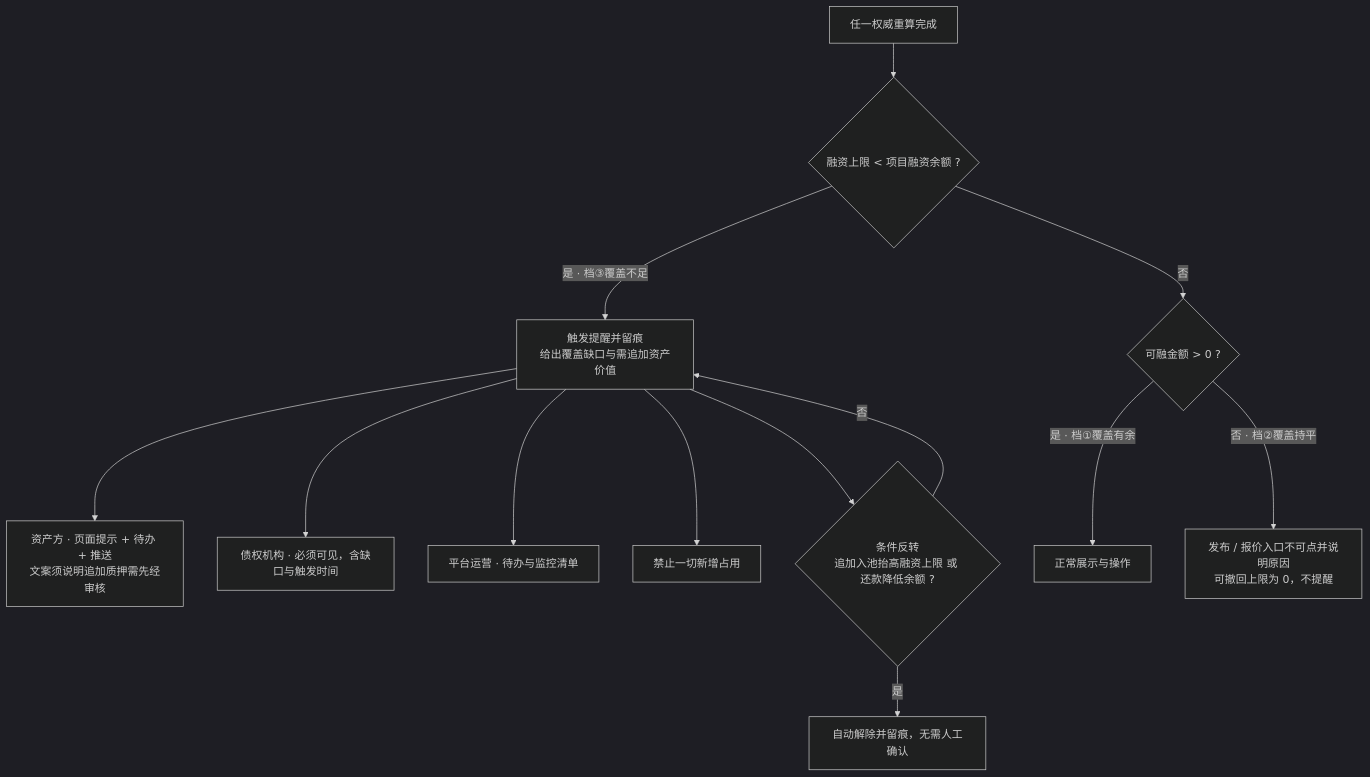
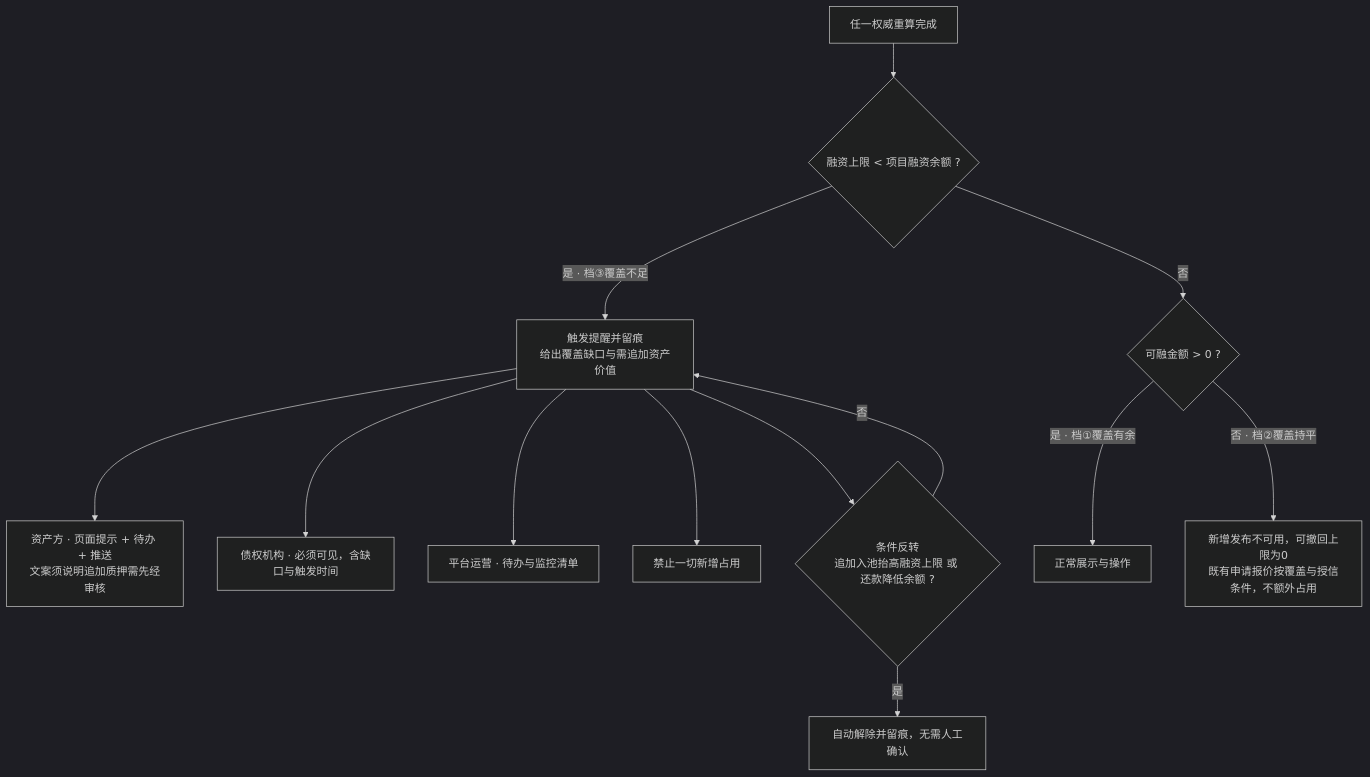
Before and after one commit to wxblockchain/Chain-Financing: the sixth of 10 diagrams in lending-platform/PRD/v1.0-借贷广场-融资需求与代币质押/v1.0-借贷广场-融资需求与代币质押-流程图与状态机.md, drawn with Mermaid (dark theme). The commit also changed other lines of this file and 13 other files, not shown here.

````diff
--- a/lending-platform/PRD/v1.0-借贷广场-融资需求与代币质押/v1.0-借贷广场-融资需求与代币质押-流程图与状态机.md
+++ b/lending-platform/PRD/v1.0-借贷广场-融资需求与代币质押/v1.0-借贷广场-融资需求与代币质押-流程图与状态机.md
@@ -148,15 +152,15 @@
 ```mermaid
 flowchart TD
   A["任一权威重算完成"] --> B{"融资上限 < 项目融资余额 ?"}
   B -- "是 · 档③覆盖不足" --> C["触发提醒并留痕<br/>给出覆盖缺口与需追加资产价值"]
   C --> D["资产方 · 页面提示 + 待办 + 推送<br/>文案须说明追加质押需先经审核"]
   C --> E["债权机构 · 必须可见，含缺口与触发时间"]
   C --> F["平台运营 · 待办与监控清单"]
   C --> G["禁止一切新增占用"]
   B -- "否" --> H{"可融金额 > 0 ?"}
   H -- "是 · 档①覆盖有余" --> I["正常展示与操作"]
-  H -- "否 · 档②覆盖持平" --> J["发布 / 报价入口不可点并说明原因<br/>可撤回上限为 0，不提醒"]
+  H -- "否 · 档②覆盖持平" --> J["新增发布不可用，可撤回上限为0<br/>既有申请报价按覆盖与授信条件，不额外占用"]
   C --> K{"条件反转<br/>追加入池抬高融资上限 或 还款降低余额 ?"}
   K -- "是" --> L["自动解除并留痕，无需人工确认"]
   K -- "否" --> C
 ```
````
